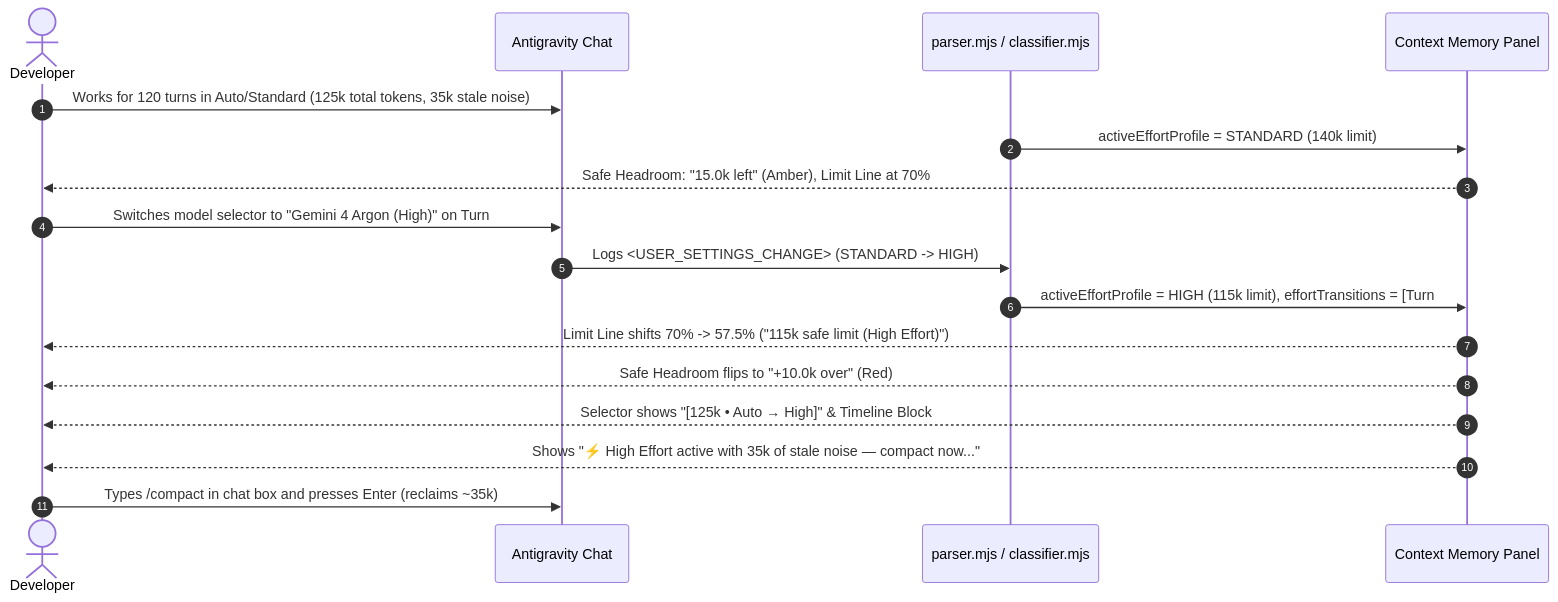
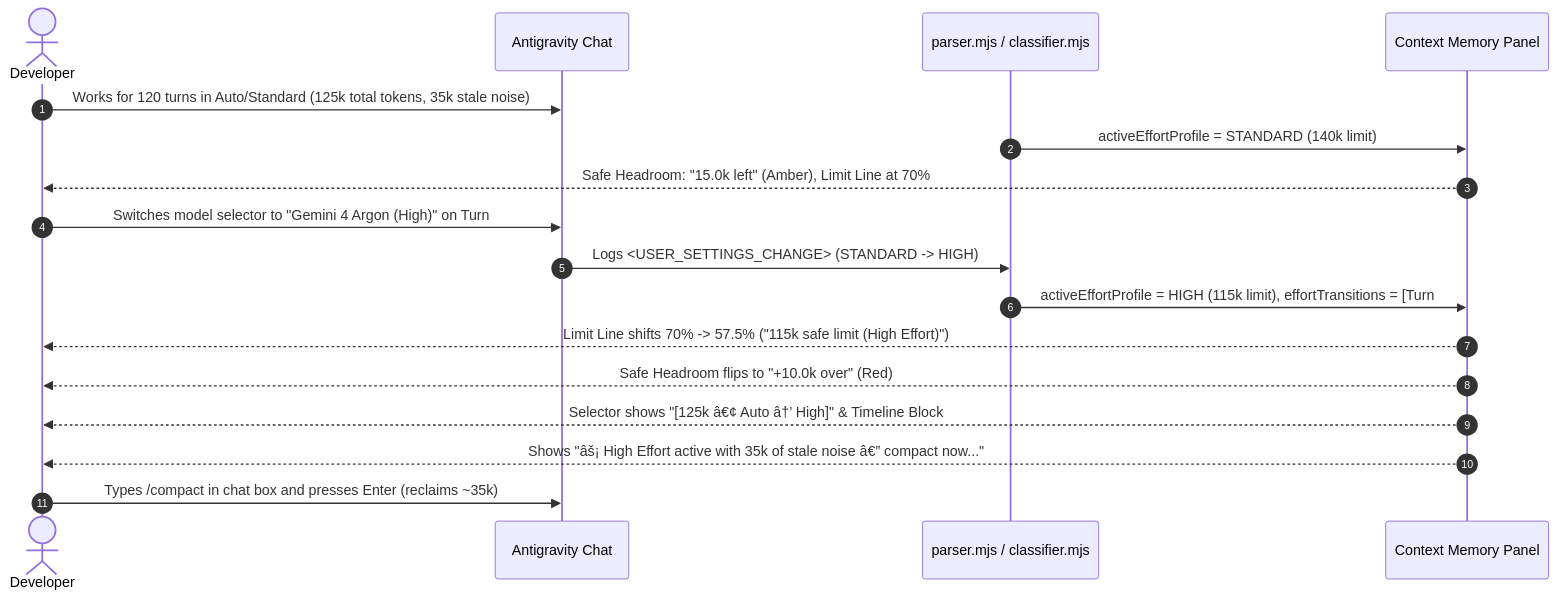
Before and after one commit to Gizzant/context-horizon: the second of 2 diagrams in docs/CONTEXT_MEMORY_EVALUATION_GUIDE.md, drawn with Mermaid. The commit also changed other lines of this file and 161 other files, not shown here.

````diff
--- a/docs/CONTEXT_MEMORY_EVALUATION_GUIDE.md
+++ b/docs/CONTEXT_MEMORY_EVALUATION_GUIDE.md
@@ -165,20 +234,20 @@
 ```mermaid
 sequenceDiagram
   autonumber
   actor Dev as Developer
   participant Host as Antigravity Chat
   participant Parser as parser.mjs / classifier.mjs
   participant Panel as Context Memory Panel
 
   Dev->>Host: Works for 120 turns in Auto/Standard (125k total tokens, 35k stale noise)
   Parser->>Panel: activeEffortProfile = STANDARD (140k limit)
   Panel-->>Dev: Safe Headroom: "15.0k left" (Amber), Limit Line at 70%
   Dev->>Host: Switches model selector to "Gemini 4 Argon (High)" on Turn #120
   Host->>Parser: Logs <USER_SETTINGS_CHANGE> (STANDARD -> HIGH)
   Parser->>Panel: activeEffortProfile = HIGH (115k limit), effortTransitions = [Turn #120]
   Panel-->>Dev: Limit Line shifts 70% -> 57.5% ("115k safe limit (High Effort)")
   Panel-->>Dev: Safe Headroom flips to "+10.0k over" (Red)
-  Panel-->>Dev: Selector shows "[125k • Auto → High]" & Timeline Block #16 shows "⇄"
-  Panel-->>Dev: Shows "⚡ High Effort active with 35k of stale noise — compact now..."
+  Panel-->>Dev: Selector shows "[125k â€¢ Auto â†’ High]" & Timeline Block #16 shows "â‡„"
+  Panel-->>Dev: Shows "âš¡ High Effort active with 35k of stale noise â€” compact now..."
   Dev->>Host: Types /compact in chat box and presses Enter (reclaims ~35k)
 ```
````
